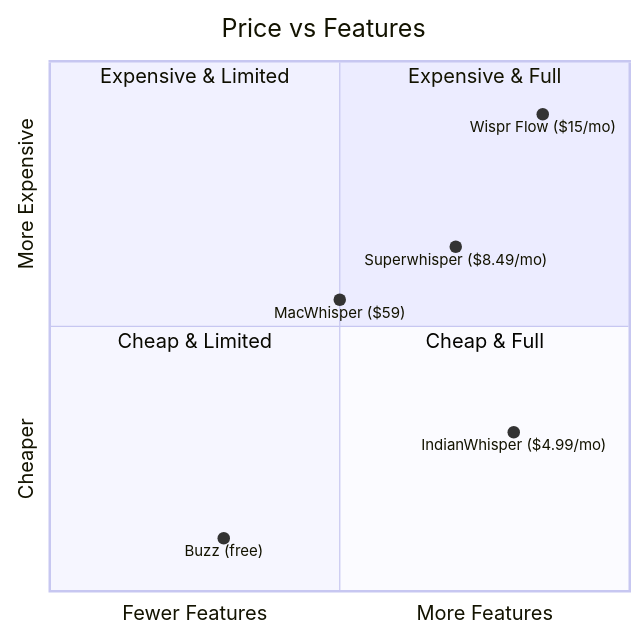
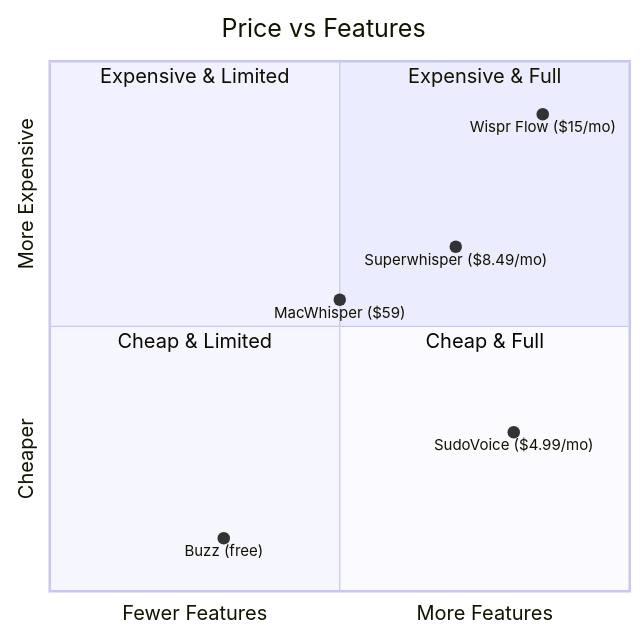
One commit to Sudo-vishal/sudo-voice changed diagram 13 of 17 in README.md. Above: the diagram before and after it, drawn with Mermaid. The commit also changed other lines of this file and 33 other files, not shown here.

First line of the commit message:
Rebrand IndianWhisper to SudoVoice

````diff
--- a/README.md
+++ b/README.md
@@ -479,15 +479,15 @@
 ```mermaid
 quadrantChart
     title Price vs Features
     x-axis "Fewer Features" --> "More Features"
     y-axis "Cheaper" --> "More Expensive"
     quadrant-1 "Expensive & Full"
     quadrant-2 "Expensive & Limited"
     quadrant-3 "Cheap & Limited"
     quadrant-4 "Cheap & Full"
     "Wispr Flow ($15/mo)": [0.85, 0.9]
     "Superwhisper ($8.49/mo)": [0.7, 0.65]
     "MacWhisper ($59)": [0.5, 0.55]
     "Buzz (free)": [0.3, 0.1]
-    "IndianWhisper ($4.99/mo)": [0.8, 0.3]
+    "SudoVoice ($4.99/mo)": [0.8, 0.3]
 ```
````
